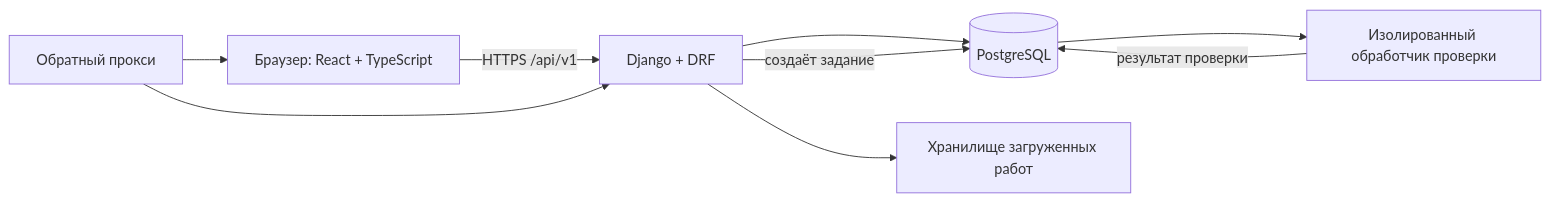
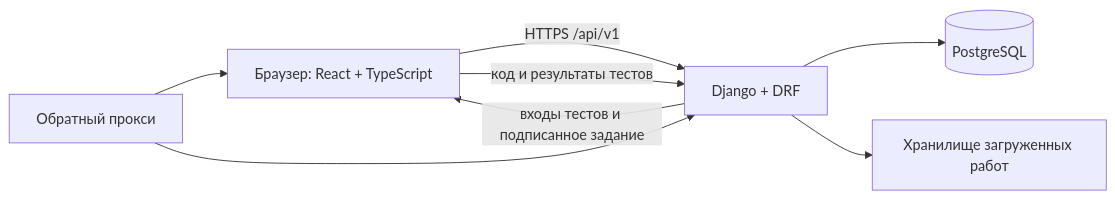
One commit to D0UP1G/WebEducation changed the diagram in ARCHITECTURE.md. Above: the diagram before and after it, drawn with Mermaid. The commit also changed other lines of this file and 7 other files, not shown here.

````diff
--- a/ARCHITECTURE.md
+++ b/ARCHITECTURE.md
@@ -25,11 +25,10 @@
 ```mermaid
 flowchart LR
     U[Браузер: React + TypeScript] -->|HTTPS /api/v1| API[Django + DRF]
     API --> DB[(PostgreSQL)]
     API --> FS[Хранилище загруженных работ]
-    API -->|создаёт задание| DB
-    DB --> JW[Изолированный обработчик проверки]
-    JW -->|результат проверки| DB
+    API -->|входы тестов и подписанное задание| U
+    U -->|код и результаты тестов| API
     RP[Обратный прокси] --> U
     RP --> API
 ```
````
